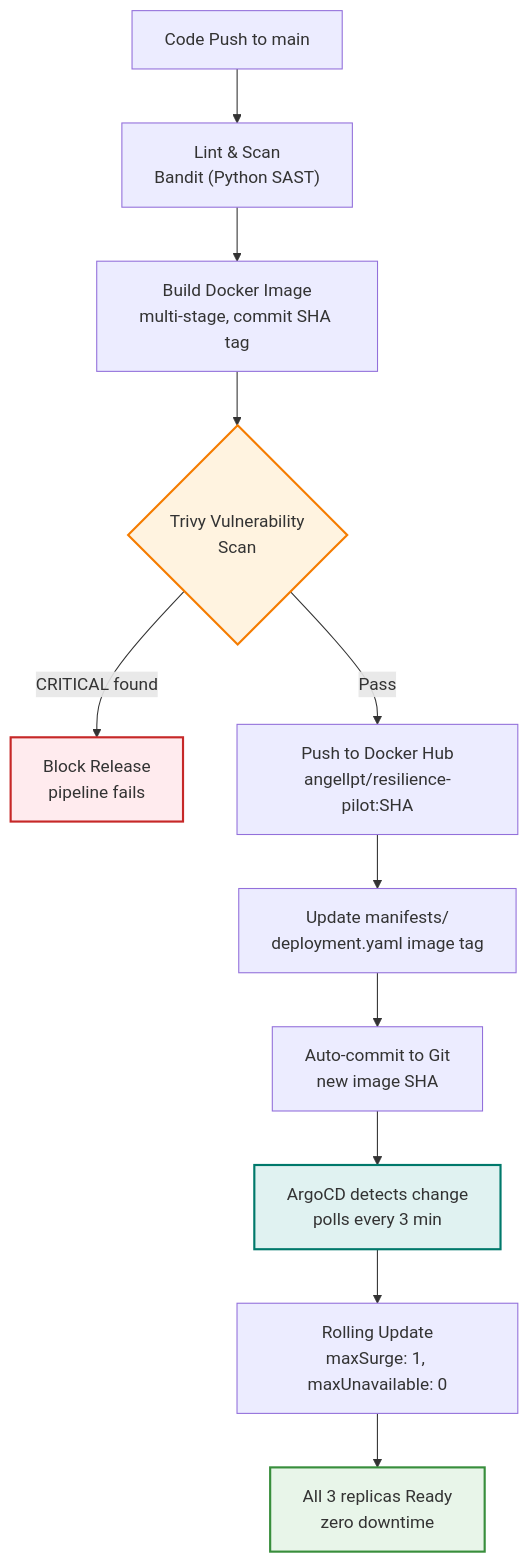
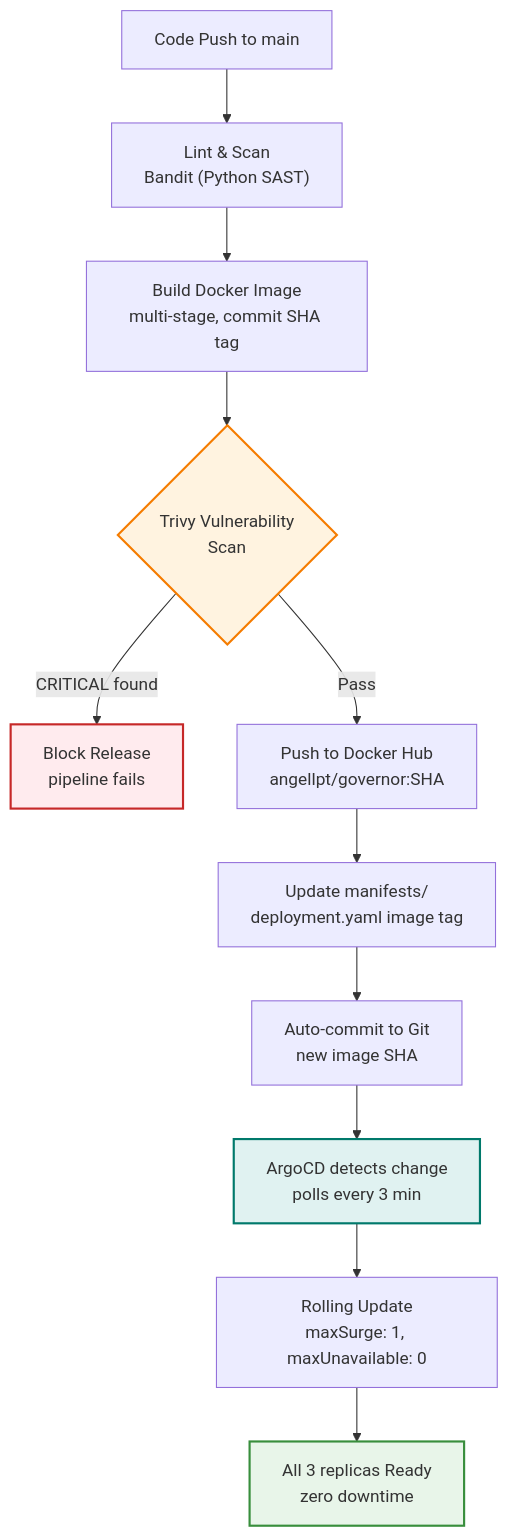
The fourth of 13 diagrams in docs/architecture.md (AngelP17/Governor), drawn with Mermaid before and after one commit. The commit also changed other lines of this file and 64 other files, not shown here.

````diff
--- a/docs/architecture.md
+++ b/docs/architecture.md
@@ -176,18 +176,18 @@
 ```mermaid
 flowchart TB
     PUSH["Code Push to main"] --> LINT["Lint & Scan<br/>Bandit (Python SAST)"]
     LINT --> BUILD["Build Docker Image<br/>multi-stage, commit SHA tag"]
     BUILD --> SCAN{"Trivy Vulnerability<br/>Scan"}
     SCAN -->|"CRITICAL found"| BLOCK["Block Release<br/>pipeline fails"]
-    SCAN -->|"Pass"| PUSH_DH["Push to Docker Hub<br/>angellpt/resilience-pilot:SHA"]
+    SCAN -->|"Pass"| PUSH_DH["Push to Docker Hub<br/>angellpt/governor:SHA"]
     PUSH_DH --> UPDATE["Update manifests/<br/>deployment.yaml image tag"]
     UPDATE --> COMMIT["Auto-commit to Git<br/>new image SHA"]
     COMMIT --> ARGO["ArgoCD detects change<br/>polls every 3 min"]
     ARGO --> ROLLING["Rolling Update<br/>maxSurge: 1, maxUnavailable: 0"]
     ROLLING --> READY["All 3 replicas Ready<br/>zero downtime"]
 
     style SCAN fill:#fff3e0,stroke:#f57c00,stroke-width:2px
     style BLOCK fill:#ffebee,stroke:#c62828,stroke-width:2px
     style READY fill:#e8f5e9,stroke:#388e3c,stroke-width:2px
     style ARGO fill:#e0f2f1,stroke:#00796b,stroke-width:2px
 ```
````
